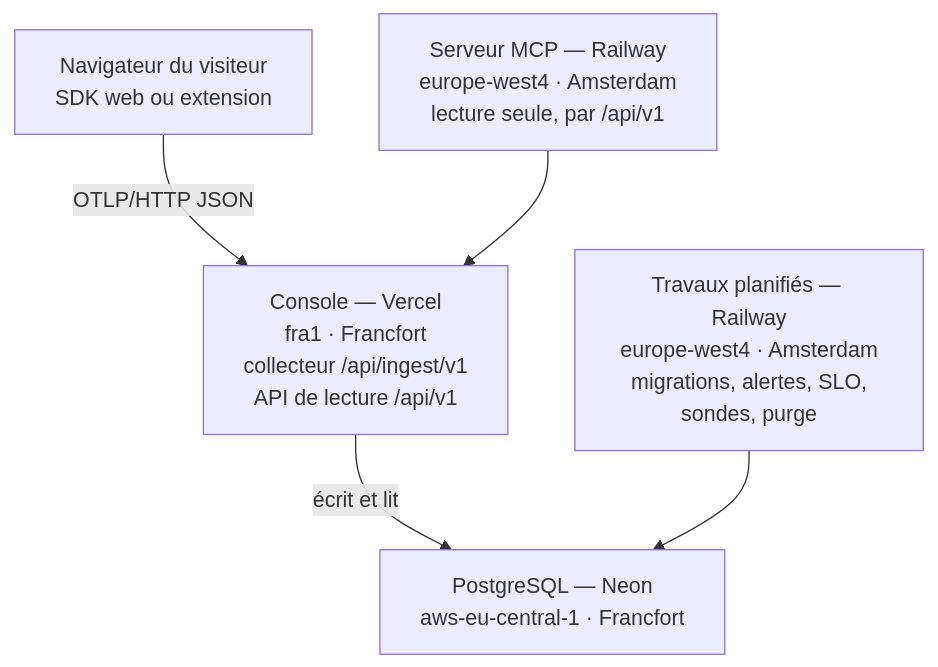
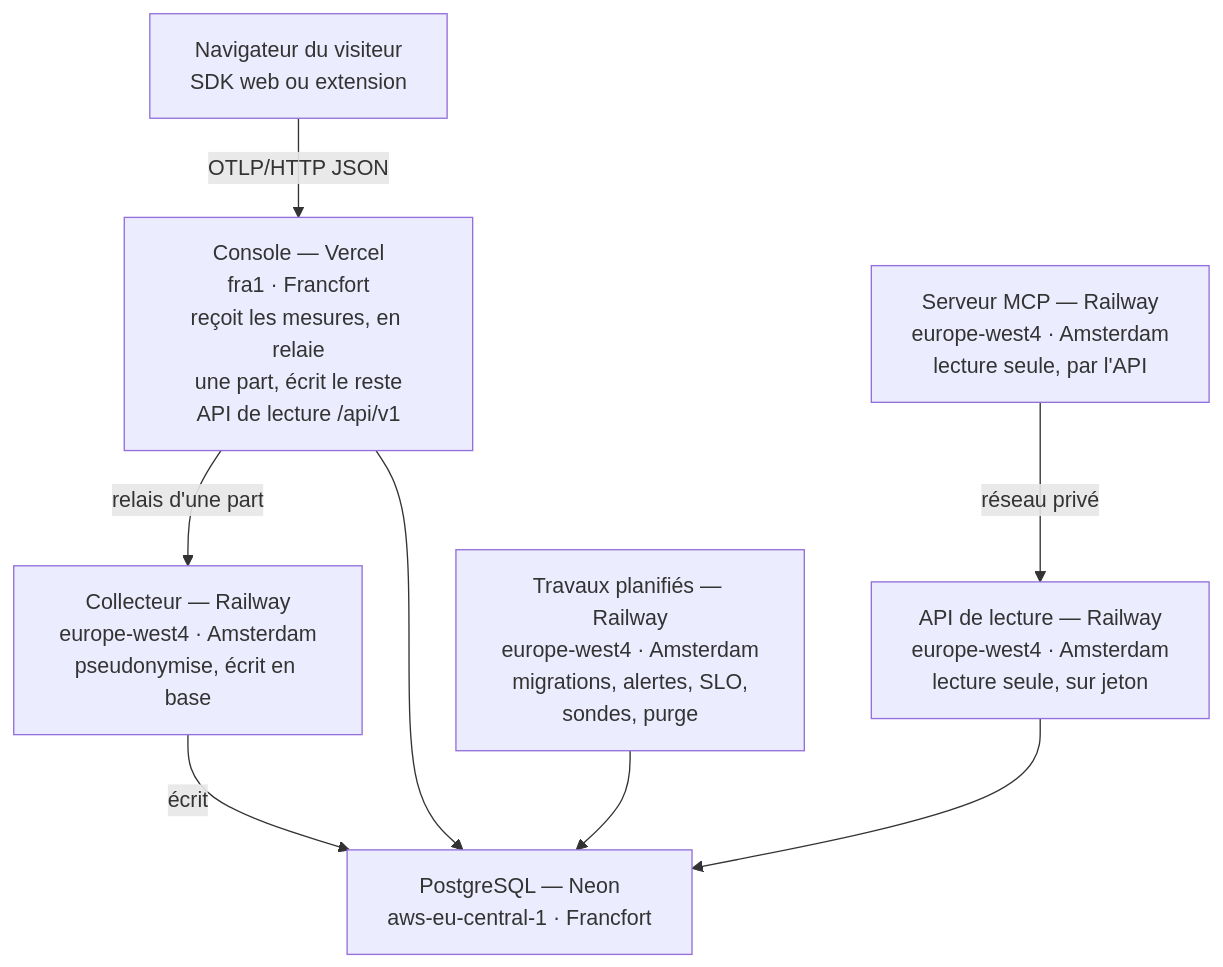
One commit to jt33120/poc-MIP_RUM changed the diagram in README.md. Above: the diagram before and after it, drawn with Mermaid. The commit also changed other lines of this file and 22 other files, not shown here.

````diff
--- a/README.md
+++ b/README.md
@@ -22,12 +22,17 @@
 ```mermaid
 flowchart TB
   navigateur["Navigateur du visiteur<br/>SDK web ou extension"]
-  console["Console — Vercel<br/>fra1 · Francfort<br/>collecteur /api/ingest/v1<br/>API de lecture /api/v1"]
+  console["Console — Vercel<br/>fra1 · Francfort<br/>reçoit les mesures, en relaie<br/>une part, écrit le reste<br/>API de lecture /api/v1"]
+  collecteur["Collecteur — Railway<br/>europe-west4 · Amsterdam<br/>pseudonymise, écrit en base"]
   base["PostgreSQL — Neon<br/>aws-eu-central-1 · Francfort"]
   travaux["Travaux planifiés — Railway<br/>europe-west4 · Amsterdam<br/>migrations, alertes, SLO,<br/>sondes, purge"]
-  mcp["Serveur MCP — Railway<br/>europe-west4 · Amsterdam<br/>lecture seule, par /api/v1"]
+  api["API de lecture — Railway<br/>europe-west4 · Amsterdam<br/>lecture seule, sur jeton"]
+  mcp["Serveur MCP — Railway<br/>europe-west4 · Amsterdam<br/>lecture seule, par l'API"]
   navigateur -->|"OTLP/HTTP JSON"| console
-  console -->|"écrit et lit"| base
+  console -->|"relais d'une part"| collecteur
+  collecteur -->|"écrit"| base
+  console --> base
   travaux --> base
-  mcp --> console
+  api --> base
+  mcp -->|"réseau privé"| api
 ```
````
